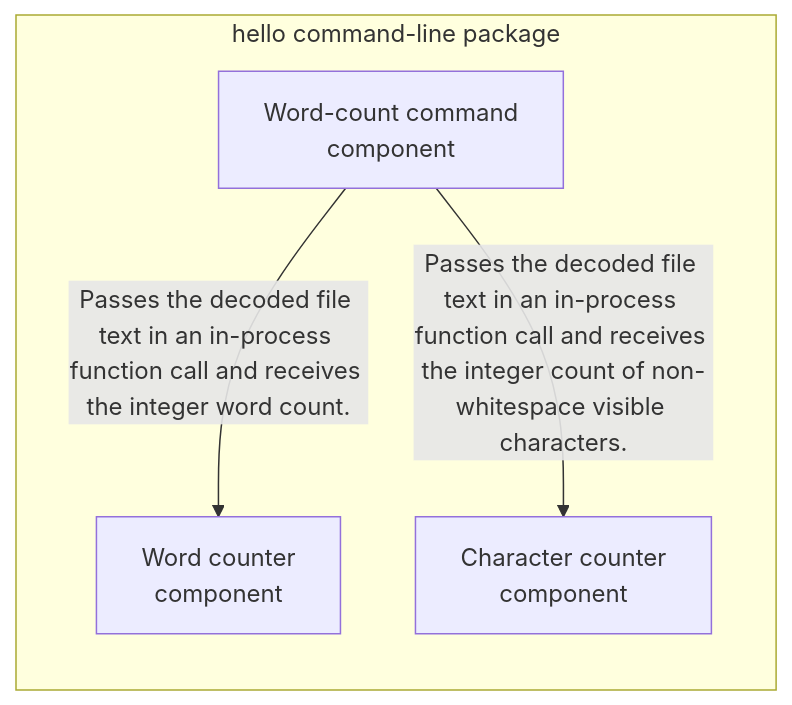
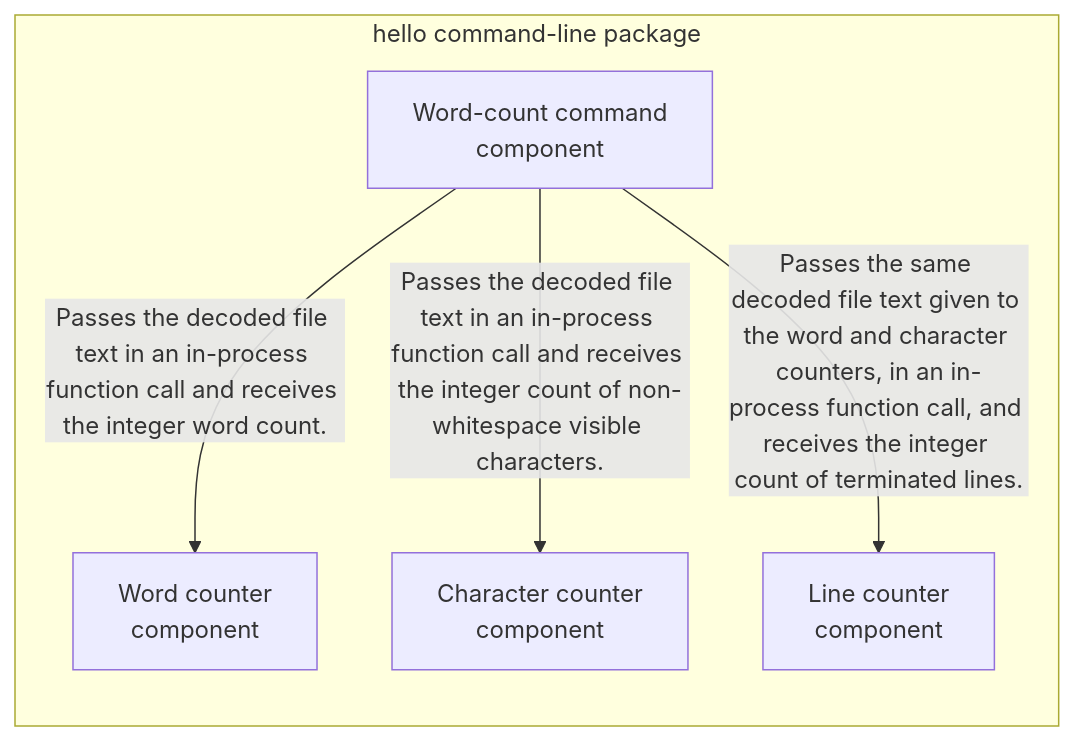
Before and after one commit to mcrasso-marsie/hello: the third of 3 diagrams in docs/architecture.md, drawn with Mermaid. The commit also changed other lines of this file, not shown here.

Commit message:
docs(architecture): apply SPEC-0003 (workflow 6bfeda006e9341fca4a47459ad315055)

````diff
--- a/docs/architecture.md
+++ b/docs/architecture.md
@@ -64,13 +64,15 @@
 ```mermaid
 flowchart LR
 classDef added fill:#c8f7c5,stroke:#2e7d32
 classDef changed fill:#fff3b0,stroke:#b59f00
 classDef removed fill:#f8c8c8,stroke:#c62828
 subgraph hello_cli["hello command-line package"]
   word_count_command["Word-count command<br/>component"]
   word_counter["Word counter<br/>component"]
   character_counter["Character counter<br/>component"]
+  line_counter["Line counter<br/>component"]
 end
 word_count_command -->|"Passes the decoded file text in an in-process function call and receives the integer word count."| word_counter
 word_count_command -->|"Passes the decoded file text in an in-process function call and receives the integer count of non-whitespace visible characters."| character_counter
+word_count_command -->|"Passes the same decoded file text given to the word and character counters, in an in-process function call, and receives the integer count of terminated lines."| line_counter
 ```
````
